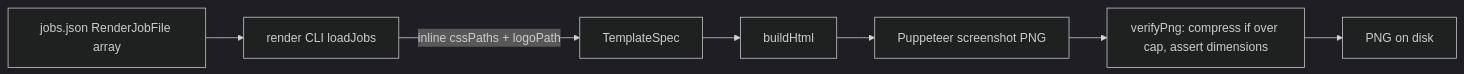
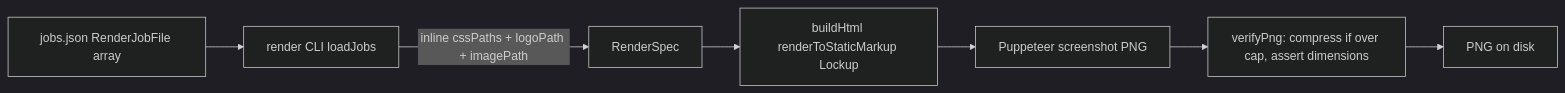
The second of 2 diagrams in docs/architecture/components.md (jfa94/asset-generator), drawn with Mermaid (dark theme) before and after one commit. The commit also changed other lines of this file and 49 other files, not shown here.

First line of the commit message:
Creative overhaul: 7-lockup bank, live previews, render at finalize + UX polish

````diff
--- a/docs/architecture/components.md
+++ b/docs/architecture/components.md
@@ -73,9 +76,9 @@
 ```mermaid
 graph LR
     Jobs[jobs.json RenderJobFile array] --> CLI[render CLI loadJobs]
-    CLI -->|inline cssPaths + logoPath| Spec[TemplateSpec]
-    Spec --> Build[buildHtml]
+    CLI -->|inline cssPaths + logoPath + imagePath| Spec[RenderSpec]
+    Spec --> Build[buildHtml renderToStaticMarkup Lockup]
     Build --> Puppeteer[Puppeteer screenshot PNG]
     Puppeteer --> Verify[verifyPng: compress if over cap, assert dimensions]
     Verify --> Out[PNG on disk]
 ```
````
